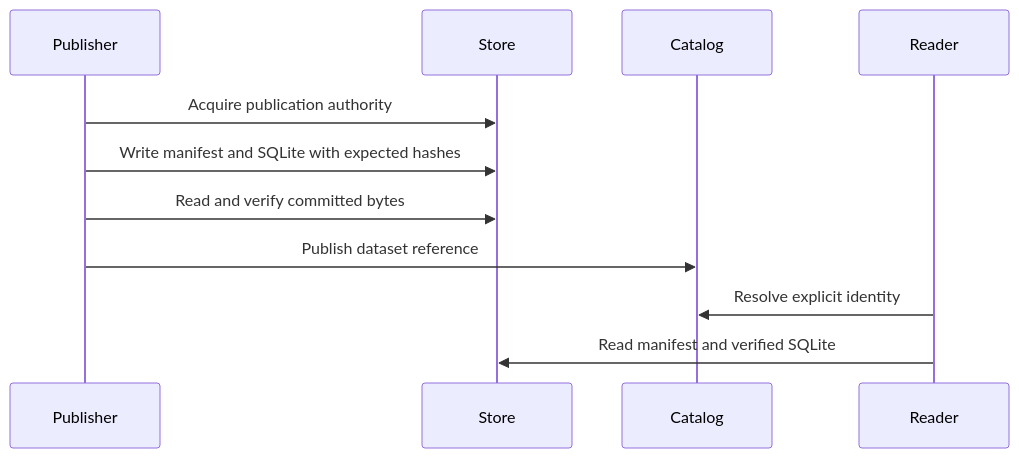
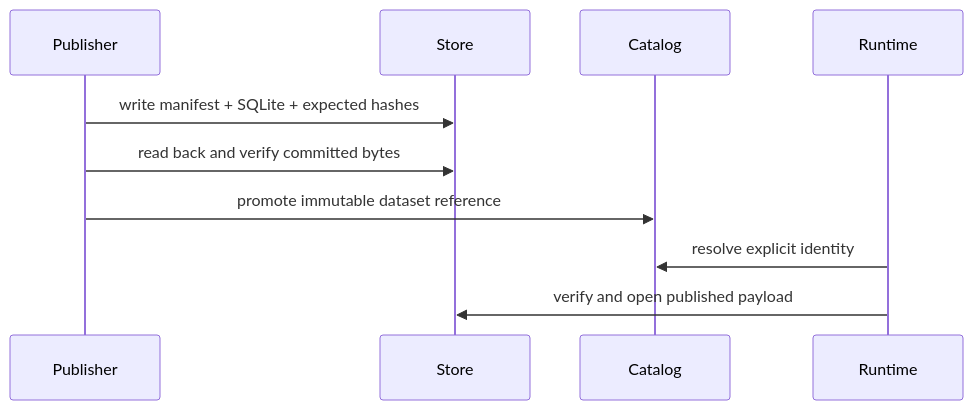
One commit to bijux/bijux-atlas changed the first of 2 diagrams in docs/bijux-atlas/runtime/serving-store-model.md. Above: the diagram before and after it, drawn with Mermaid. The commit also changed other lines of this file and 2 other files, not shown here.

Commit message:
docs(data): connect dataset identity to request execution

````diff
--- a/docs/bijux-atlas/runtime/serving-store-model.md
+++ b/docs/bijux-atlas/runtime/serving-store-model.md
@@ -92,13 +19,12 @@
 ```mermaid
 sequenceDiagram
     participant Publisher
     participant Store
     participant Catalog
-    participant Reader
-    Publisher->>Store: Acquire publication authority
-    Publisher->>Store: Write manifest and SQLite with expected hashes
-    Publisher->>Store: Read and verify committed bytes
-    Publisher->>Catalog: Publish dataset reference
-    Reader->>Catalog: Resolve explicit identity
-    Reader->>Store: Read manifest and verified SQLite
+    participant Runtime
+    Publisher->>Store: write manifest + SQLite + expected hashes
+    Publisher->>Store: read back and verify committed bytes
+    Publisher->>Catalog: promote immutable dataset reference
+    Runtime->>Catalog: resolve explicit identity
+    Runtime->>Store: verify and open published payload
 ```
````
